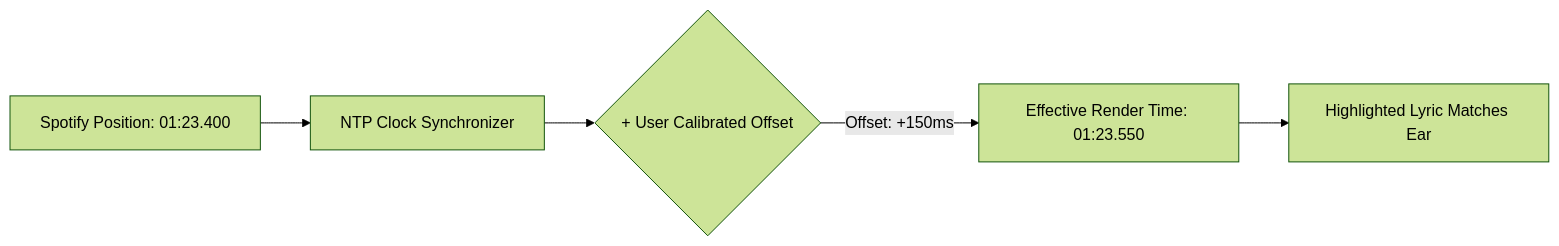
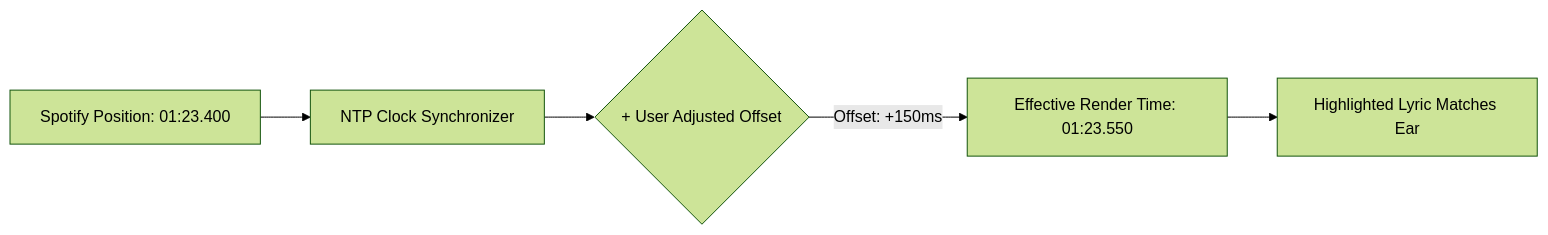
One commit to jav76/Cantus changed the diagram in docs/user-guide/timing-and-calibration.md. Above: the diagram before and after it, drawn with Mermaid (forest theme). The commit also changed other lines of this file and 17 other files, not shown here.

````diff
--- a/docs/user-guide/timing-and-calibration.md
+++ b/docs/user-guide/timing-and-calibration.md
@@ -26,7 +26,7 @@
 ```mermaid
 flowchart LR
     A[Spotify Position: 01:23.400] --> B[NTP Clock Synchronizer]
-    B --> C{+ User Calibrated Offset}
+    B --> C{+ User Adjusted Offset}
     C -->|Offset: +150ms| D[Effective Render Time: 01:23.550]
     D --> E[Highlighted Lyric Matches Ear]
 ```
````
